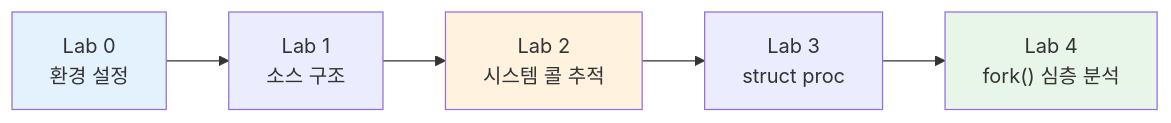
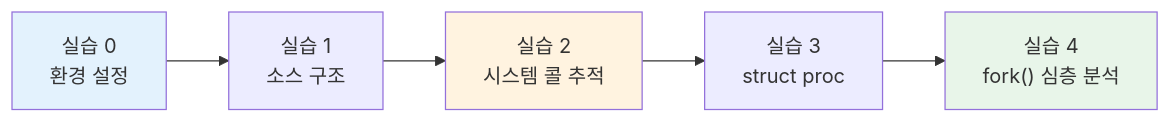
One commit to Choroning/26Spring_Operating-Systems changed the diagram in Lecture-Notes/Week03_Process-2/Concepts_Lab.ko.md. Above: the diagram before and after it, drawn with Mermaid. The commit also changed other lines of this file and 45 other files, not shown here.

````diff
--- a/Lecture-Notes/Week03_Process-2/Concepts_Lab.ko.md
+++ b/Lecture-Notes/Week03_Process-2/Concepts_Lab.ko.md
@@ -41,10 +41,10 @@
 ```mermaid
 graph LR
-    L0["Lab 0<br/>환경 설정"] --> L1["Lab 1<br/>소스 구조"]
-    L1 --> L2["Lab 2<br/>시스템 콜 추적"]
-    L2 --> L3["Lab 3<br/>struct proc"]
-    L3 --> L4["Lab 4<br/>fork() 심층 분석"]
+    L0["실습 0<br/>환경 설정"] --> L1["실습 1<br/>소스 구조"]
+    L1 --> L2["실습 2<br/>시스템 콜 추적"]
+    L2 --> L3["실습 3<br/>struct proc"]
+    L3 --> L4["실습 4<br/>fork() 심층 분석"]
     style L0 fill:#e3f2fd
     style L2 fill:#fff3e0
     style L4 fill:#e8f5e9
 ```
````
